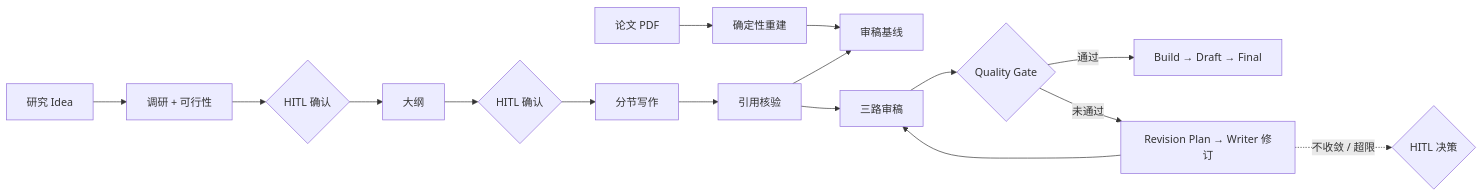
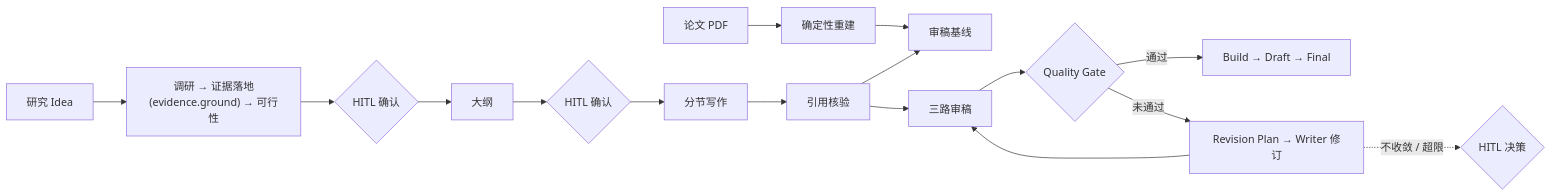
The second of 2 diagrams in README.md (JiahongXu88/PaperTeam), drawn with Mermaid before and after one commit. The commit also changed other lines of this file, not shown here.

````diff
--- a/README.md
+++ b/README.md
@@ -64,11 +77,11 @@
 ```mermaid
 flowchart LR
-    A["研究 Idea"] --> B["调研 + 可行性"] --> C{HITL 确认}
+    A["研究 Idea"] --> B["调研 → 证据落地<br/>(evidence.ground) → 可行性"] --> C{HITL 确认}
     C --> D["大纲"] --> E{HITL 确认} --> F["分节写作"]
     G["论文 PDF"] --> H["确定性重建"] --> I["审稿基线"]
     F --> J["引用核验"] --> I
     J --> K["三路审稿"] --> L{"Quality Gate"}
     L -->|通过| M["Build → Draft → Final"]
     L -->|未通过| N["Revision Plan → Writer 修订"] --> K
     N -.不收敛 / 超限.-> O{HITL 决策}
 ```
````
